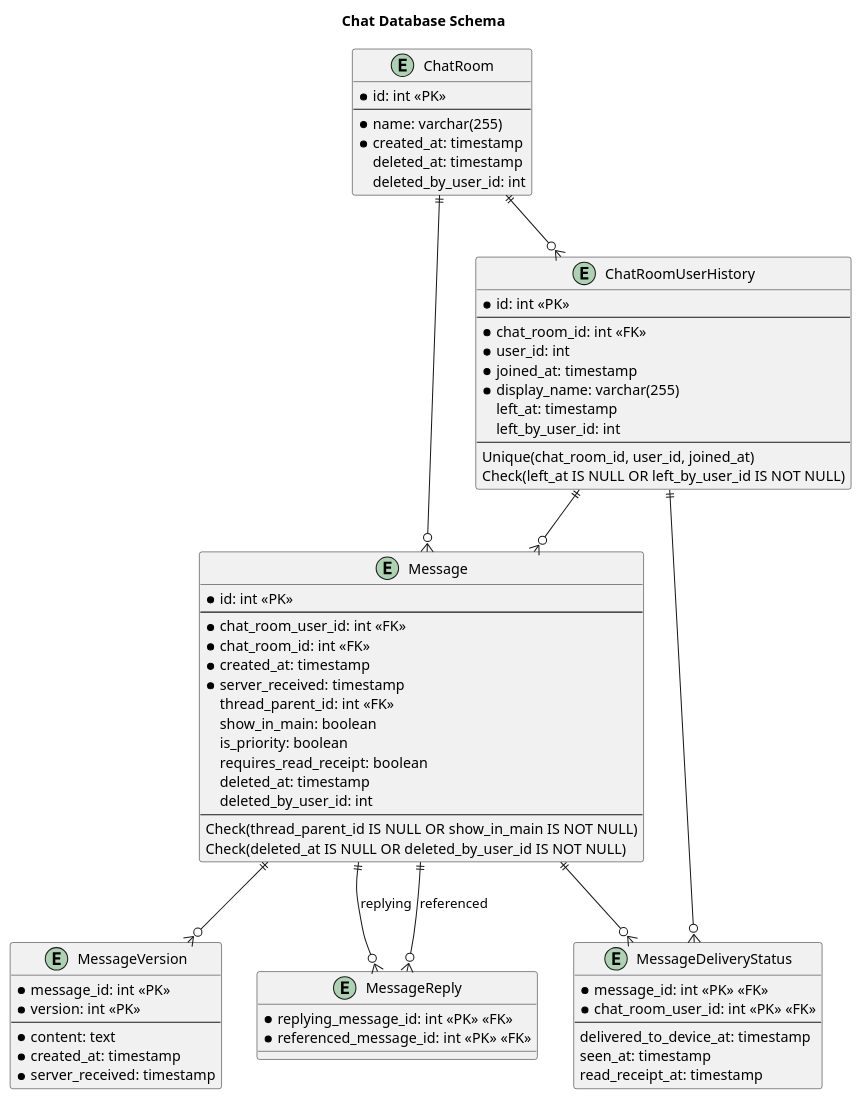
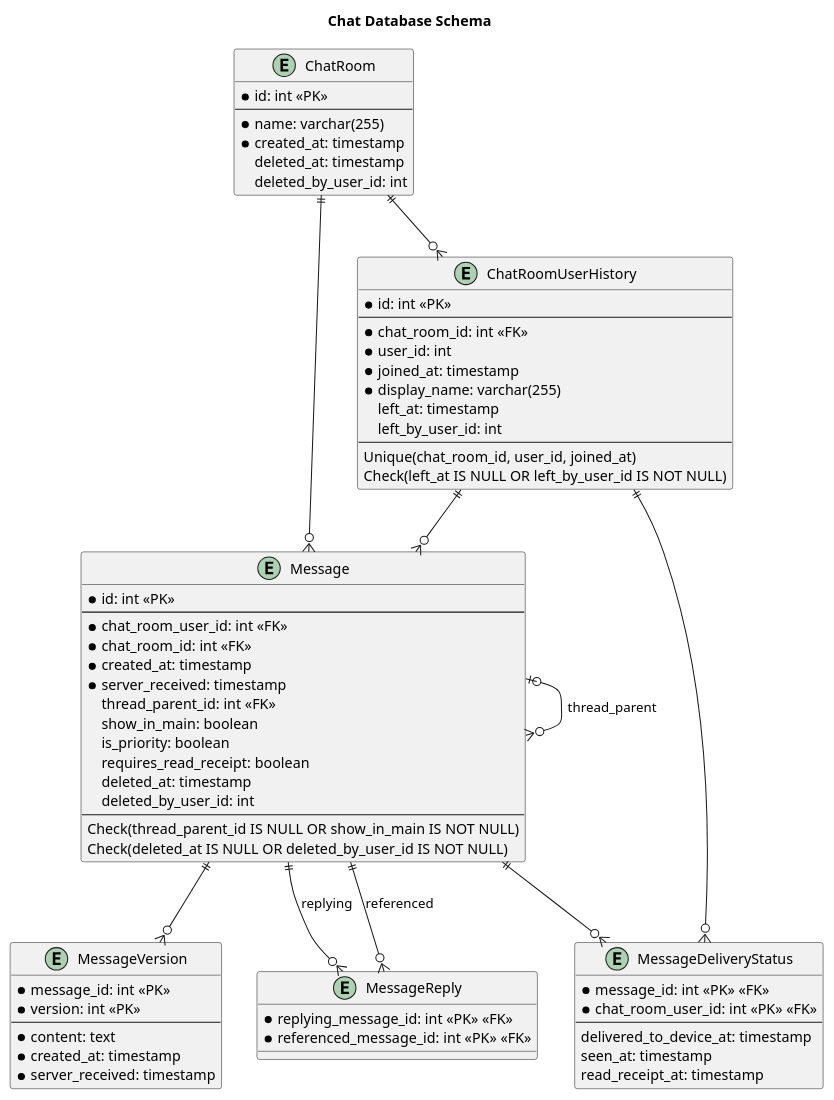
One commit to Vlk357/Portable-Party-Portal changed the diagram in diagrams/chat_db.puml. Above: the diagram before and after it, drawn with PlantUML.

Commit message:
updated chat diagram to reflect the db state

```diff
--- a/diagrams/chat_db.puml
+++ b/diagrams/chat_db.puml
@@ -1,78 +1,79 @@
 @startuml Chat Database Schema
 
 title Chat Database Schema
 
 entity ChatRoom {
     * id: int <<PK>>
     --
     * name: varchar(255)
     * created_at: timestamp
       deleted_at: timestamp
       deleted_by_user_id: int
 }
 
 entity ChatRoomUserHistory {
     * id: int <<PK>>
     --
     * chat_room_id: int <<FK>>
     * user_id: int
     * joined_at: timestamp
     * display_name: varchar(255)
       left_at: timestamp
       left_by_user_id: int
     --
     Unique(chat_room_id, user_id, joined_at)
     Check(left_at IS NULL OR left_by_user_id IS NOT NULL)
 }
 
 entity Message {
     * id: int <<PK>>
     --
     * chat_room_user_id: int <<FK>>
     * chat_room_id: int <<FK>>
     * created_at: timestamp
     * server_received: timestamp
       thread_parent_id: int <<FK>>
       show_in_main: boolean
       is_priority: boolean
       requires_read_receipt: boolean
       deleted_at: timestamp
       deleted_by_user_id: int
     --
     Check(thread_parent_id IS NULL OR show_in_main IS NOT NULL)
     Check(deleted_at IS NULL OR deleted_by_user_id IS NOT NULL)
 }
 
 entity MessageVersion {
     * message_id: int <<PK>>
     * version: int <<PK>>
     --
     * content: text
     * created_at: timestamp
     * server_received: timestamp
 }
 
 entity MessageReply {
     * replying_message_id: int <<PK>> <<FK>>
     * referenced_message_id: int <<PK>> <<FK>>
 }
 
 entity MessageDeliveryStatus {
     * message_id: int <<PK>> <<FK>>
     * chat_room_user_id: int <<PK>> <<FK>>
     --
       delivered_to_device_at: timestamp
       seen_at: timestamp
       read_receipt_at: timestamp
 }
 
 ChatRoom ||--o{ ChatRoomUserHistory
 ChatRoom ||--o{ Message
+Message  |o--o{ Message : "thread_parent"
 Message ||--o{ MessageVersion
 Message ||--o{ MessageReply : "replying"
 Message ||--o{ MessageReply : "referenced"
 Message ||--o{ MessageDeliveryStatus
 ChatRoomUserHistory ||--o{ Message
 ChatRoomUserHistory ||--o{ MessageDeliveryStatus
 
 @enduml
```
